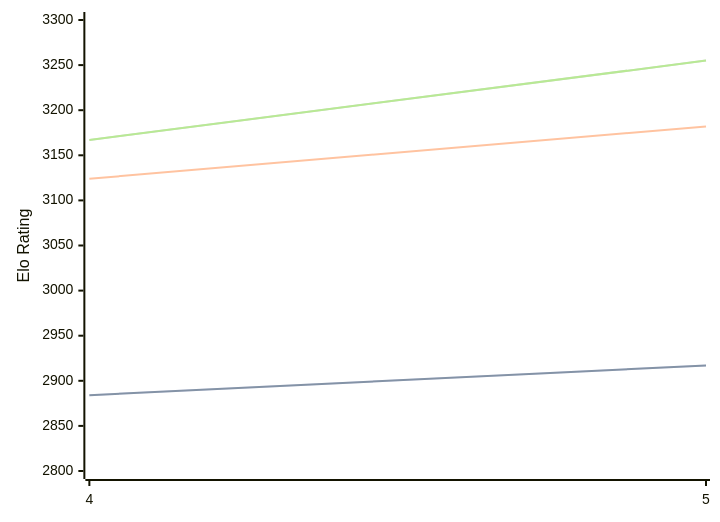
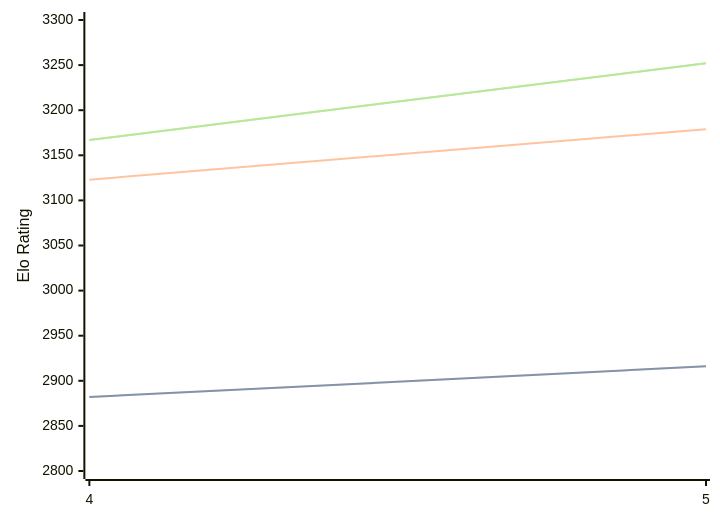
The diagram in engines/Cwtch.md (computer-chess-index/cci), drawn with Mermaid before and after one commit. The commit also changed other lines of this file, not shown here.

Commit message:
Update CCI Ratings (ELO VLTC) - 2026-04-17

````diff
--- a/engines/Cwtch.md
+++ b/engines/Cwtch.md
@@ -34,11 +34,11 @@
 ```mermaid
 %%{init: {"theme":"base","themeVariables":{"seriesColors:['#a3a3a3','#222221','#faa371']}}}%%
 xychart-beta
   x-axis ["4", "5"]
   y-axis "Elo Rating" 2800 --> 3300
-  line "STC (8.0+0.08s)" [2884, 2917]
-  line "STC (8.0+0.08s)" [2884, 2917]
-  line "LTC (60.0+0.60s)" [3124, 3182]
-  line "VLTC (2m24s+1.12s)" [3167, 3255]
-  line "VLTC (2m24s+1.12s)" [3167, 3255]
+  line "STC (8.0+0.08s)" [2882, 2916]
+  line "STC (8.0+0.08s)" [2882, 2916]
+  line "LTC (60.0+0.60s)" [3123, 3179]
+  line "VLTC (2m24s+1.12s)" [3167, 3252]
+  line "VLTC (2m24s+1.12s)" [3167, 3252]
 ```
````
